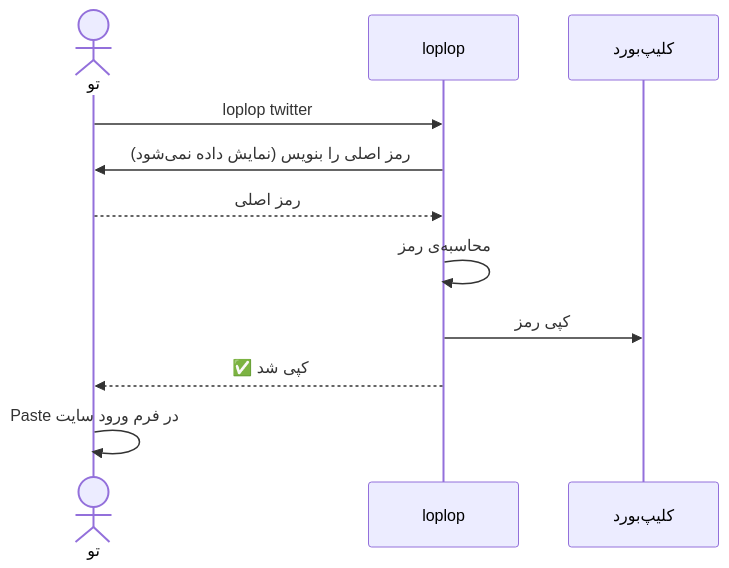
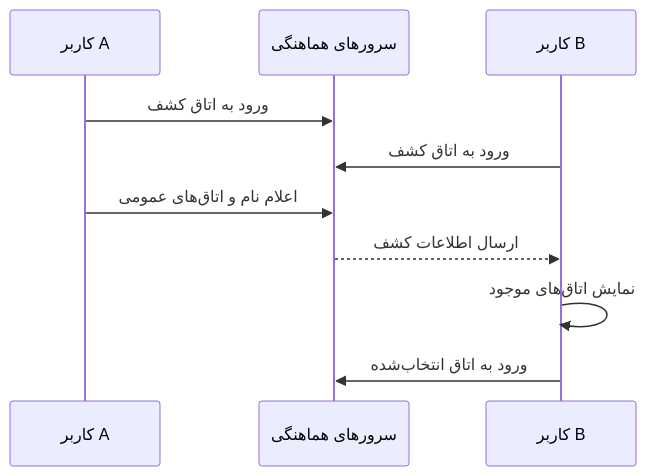
Before and after one commit to GoldenIsland00/loplop: the second of 6 diagrams in README.md, drawn with Mermaid. The commit also changed other lines of this file, not shown here.

````diff
--- a/README.md
+++ b/README.md
@@ -118,13 +189,13 @@
 ```mermaid
 sequenceDiagram
-    actor U as تو
-    participant L as loplop
-    participant C as کلیپ‌بورد
-    U->>L: loplop twitter
-    L->>U: رمز اصلی را بنویس (نمایش داده نمی‌شود)
-    U-->>L: رمز اصلی
-    L->>L: محاسبه‌ی رمز
-    L->>C: کپی رمز
-    L-->>U: ✅ کپی شد
-    U->>U: Paste در فرم ورود سایت
+    participant A as کاربر A
+    participant R as سرورهای هماهنگی
+    participant B as کاربر B
+
+    A->>R: ورود به اتاق کشف
+    B->>R: ورود به اتاق کشف
+    A->>R: اعلام نام و اتاق‌های عمومی
+    R-->>B: ارسال اطلاعات کشف
+    B->>B: نمایش اتاق‌های موجود
+    B->>R: ورود به اتاق انتخاب‌شده
 ```
````
